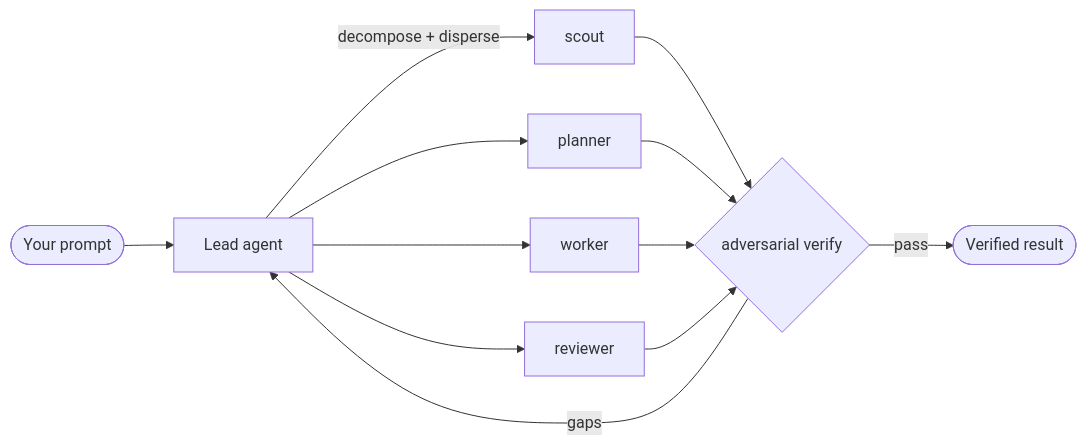
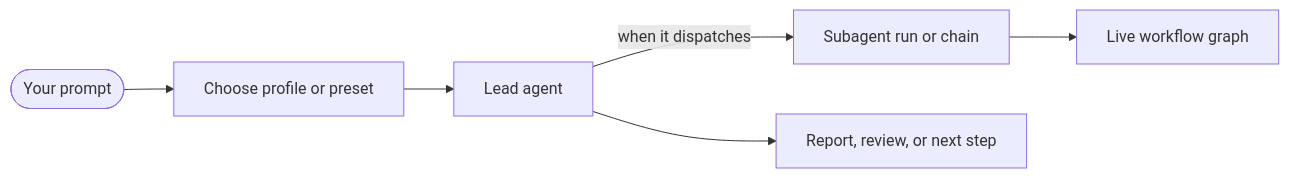
The first of 3 diagrams in README.md (cayleb-james2008/dotz), drawn with Mermaid before and after one commit. The commit also changed other lines of this file and 2 other files, not shown here.

````diff
--- a/README.md
+++ b/README.md
@@ -94,14 +96,8 @@
 ```mermaid
 flowchart LR
-    U([Your prompt]) --> L[Lead agent]
-    L -->|decompose + disperse| S[scout]
-    L --> P[planner]
-    L --> W[worker]
-    L --> R[reviewer]
-    S --> V{adversarial verify}
-    P --> V
-    W --> V
-    R --> V
-    V -->|pass| D([Verified result])
-    V -->|gaps| L
+    U([Your prompt]) --> P[Choose profile or preset]
+    P --> L[Lead agent]
+    L -->|when it dispatches| A[Subagent run or chain]
+    A --> G[Live workflow graph]
+    L --> R[Report, review, or next step]
 ```
````
